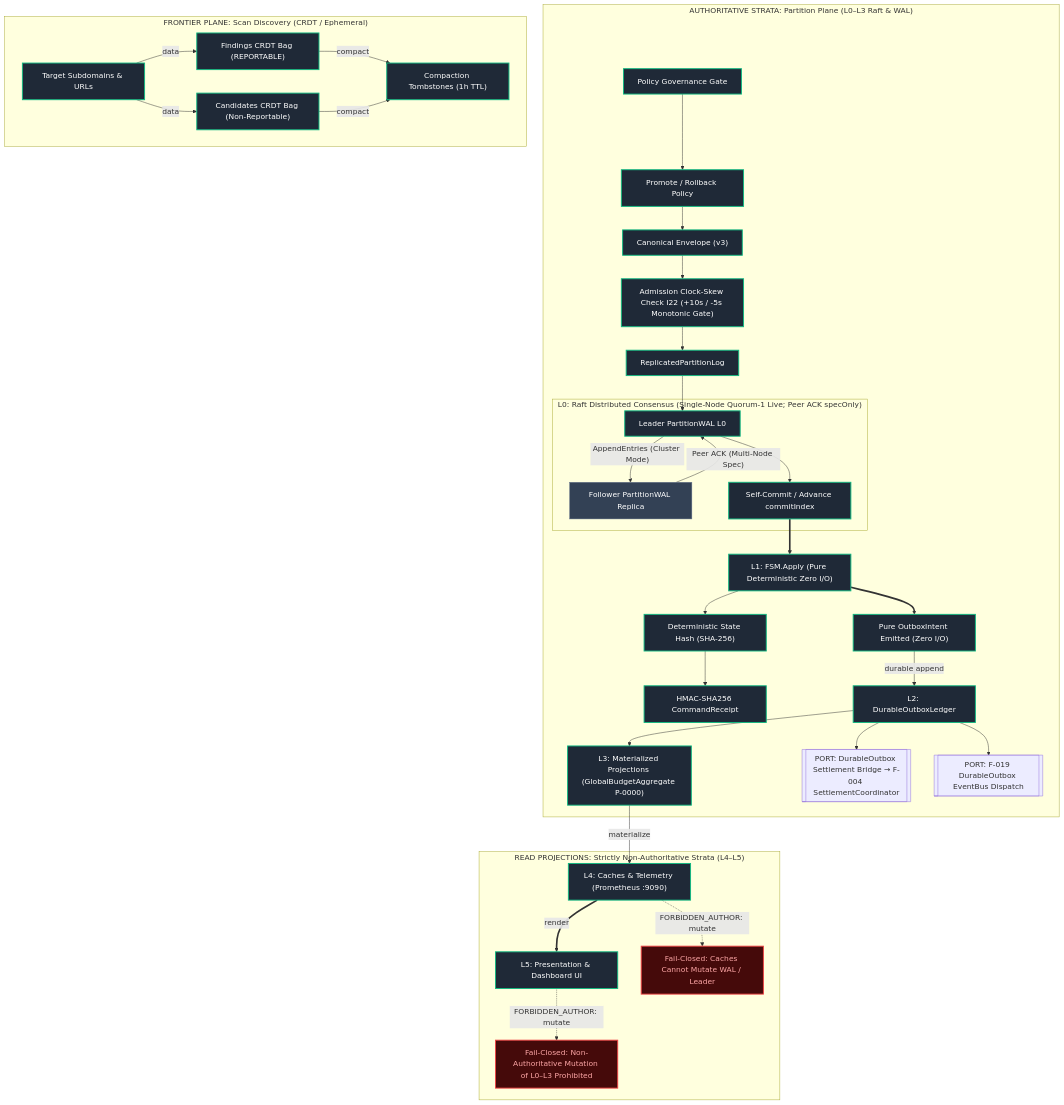
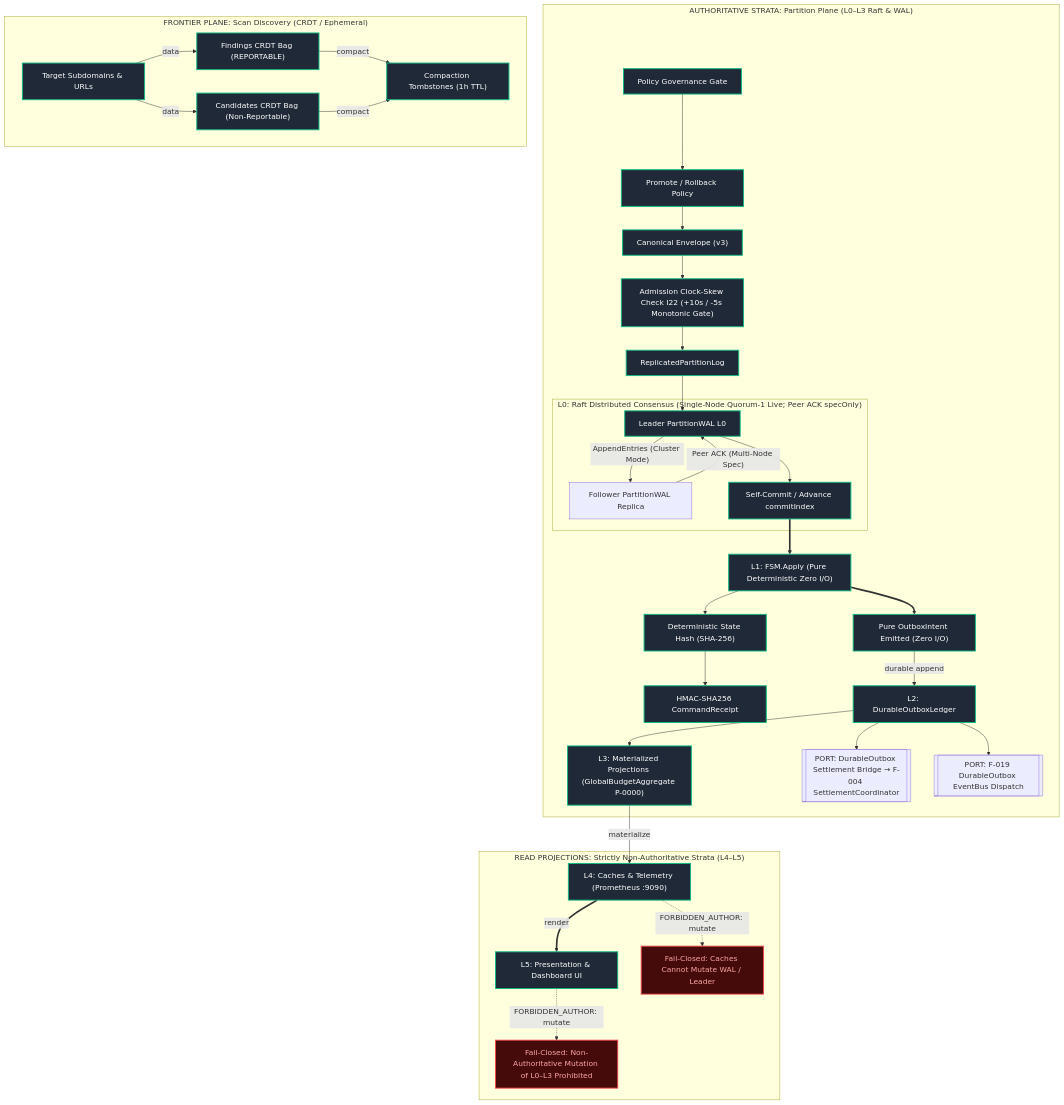
Before and after one commit to AviralGup7/Singularity-Zero: the fourth of 16 diagrams in docs/flowchart.md, drawn with Mermaid. The commit also changed other lines of this file, not shown here.

Commit message:
fix(flowchart): resolve all Revision 4 audit items with code-first alignment

````diff
--- a/docs/flowchart.md
+++ b/docs/flowchart.md
@@ -201,50 +194,50 @@
 ```mermaid
 flowchart TD
     classDef impl fill:#1f2937,stroke:#10b981,stroke-width:2px,color:#fff;
     classDef library fill:#334155,stroke:#64748b,stroke-width:1px,color:#fff;
     classDef forbidden fill:#450a0a,stroke:#ef4444,stroke-width:2px,color:#fca5a5;
 
     subgraph AuthoritativeStrata["AUTHORITATIVE STRATA: Partition Plane (L0–L3 Raft & WAL)"]
         Tuner["Policy Governance Gate"]:::impl --> Promo["Promote / Rollback Policy"]:::impl
         Promo --> EnvelopeIn["Canonical Envelope (v3)"]:::impl
         EnvelopeIn --> Admit["Admission Clock-Skew Check I22 (+10s / -5s Monotonic Gate)"]:::impl
         Admit --> Log["ReplicatedPartitionLog"]:::impl
         
         subgraph L0_Consensus["L0: Raft Distributed Consensus (Single-Node Quorum-1 Live; Peer ACK specOnly)"]
             Leader["Leader PartitionWAL L0"]:::impl
-            F1["Follower PartitionWAL Replica"]:::library
+            F1["Follower PartitionWAL Replica"]:::specOnly
             Leader -->|"AppendEntries (Cluster Mode)"| F1
             F1 -->|"Peer ACK (Multi-Node Spec)"| Leader
             Leader --> Commit["Self-Commit / Advance commitIndex"]:::impl
         end
         Log --> Leader
         Commit ==> Apply["L1: FSM.Apply (Pure Deterministic Zero I/O)"]:::impl
         Apply --> StateHash["Deterministic State Hash (SHA-256)"]:::impl
         StateHash --> Receipt["HMAC-SHA256 CommandReceipt"]:::impl
         Apply ==> Intent["Pure OutboxIntent Emitted (Zero I/O)"]:::impl
         Intent -->|durable append| Outbox["L2: DurableOutboxLedger"]:::impl
         Outbox --> Proj["L3: Materialized Projections (GlobalBudgetAggregate P-0000)"]:::impl
         
         Outbox --> PORT_CRDT_BRIDGE[["PORT: DurableOutbox Settlement Bridge → F-004 SettlementCoordinator"]]
         Outbox --> PORT_F019_BUS[["PORT: F-019 DurableOutbox EventBus Dispatch"]]
     end
     
     subgraph FrontierPlane["FRONTIER PLANE: Scan Discovery (CRDT / Ephemeral)"]
         F_Targets["Target Subdomains & URLs"]:::impl
         F_Findings["Findings CRDT Bag (REPORTABLE)"]:::impl
         F_Candidates["Candidates CRDT Bag (Non-Reportable)"]:::impl
         F_Tombstones["Compaction Tombstones (1h TTL)"]:::impl
         F_Targets -->|data| F_Findings
         F_Targets -->|data| F_Candidates
         F_Findings -->|compact| F_Tombstones
         F_Candidates -->|compact| F_Tombstones
     end
     
     subgraph ReadProjections["READ PROJECTIONS: Strictly Non-Authoritative Strata (L4–L5)"]
         Proj -->|materialize| Cache["L4: Caches & Telemetry (Prometheus :9090)"]:::impl
         Cache ==>|render| UI["L5: Presentation & Dashboard UI"]:::impl
         
         UI -.->|"FORBIDDEN_AUTHOR: mutate"| ForbidL0["Fail-Closed: Non-Authoritative Mutation of L0–L3 Prohibited"]:::forbidden
         Cache -.->|"FORBIDDEN_AUTHOR: mutate"| ForbidWAL["Fail-Closed: Caches Cannot Mutate WAL / Leader"]:::forbidden
     end
 ```
````
